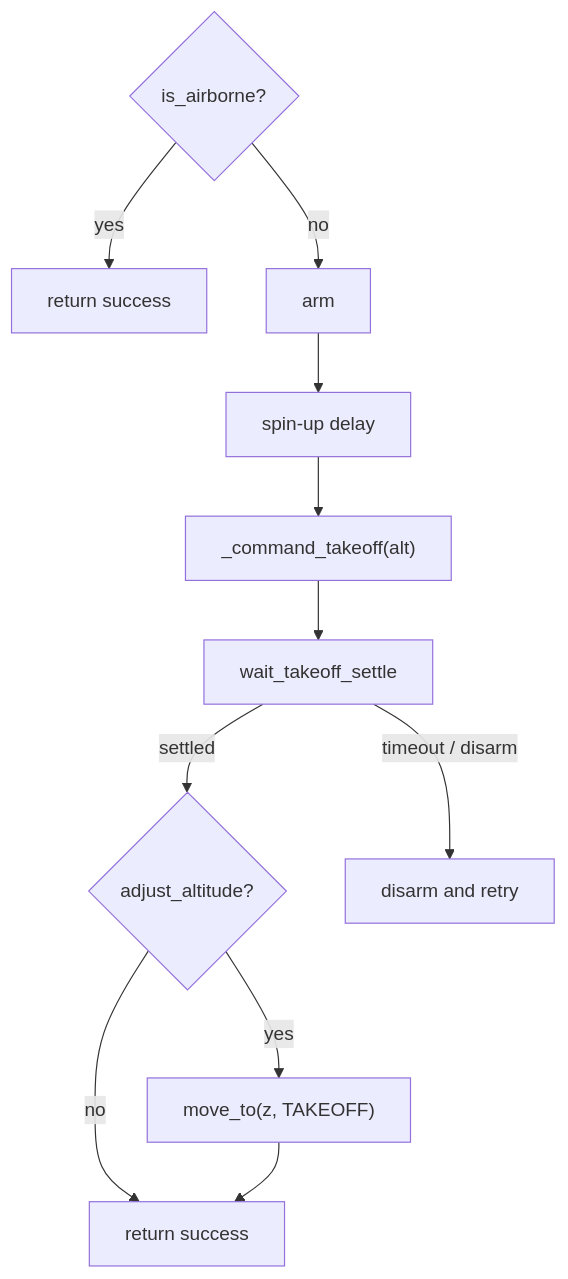
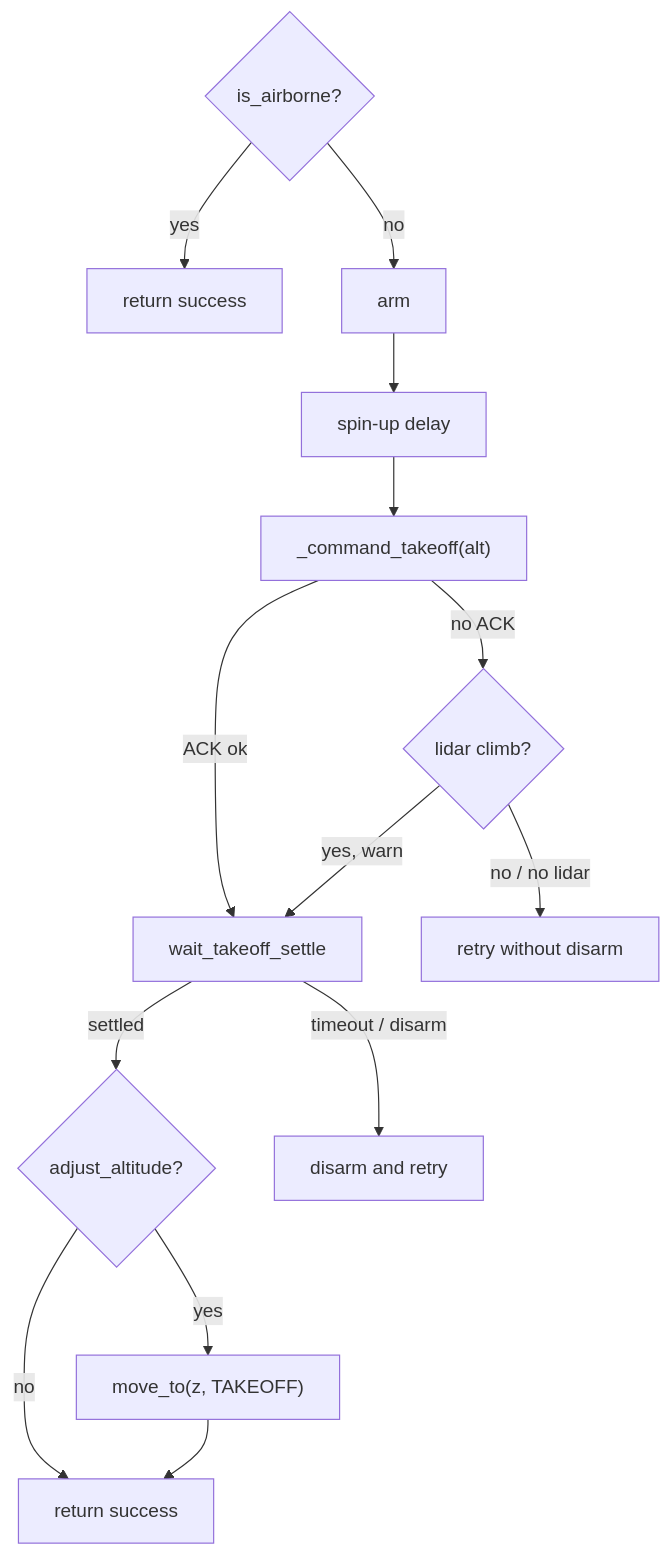
The second of 5 diagrams in nectar/nectar/control/vehicle/README.md (Black-Bee-Drones/nectar-sdk), drawn with Mermaid before and after one commit. The commit also changed other lines of this file and 2 other files, not shown here.

Commit message:
fix(takeoff): confirm liftoff via lidar when takeoff ACK is missing
When the takeoff command is rejected or its ACK times out, poll the
rangefinder for a sustained climb. If the drone is rising, continue the
takeoff and return True with a warning. Otherwise retry the takeoff
without disarming, skipping re-arm while still armed and re-arming only
if the FCU auto-disarmed in the meantime.

````diff
--- a/nectar/nectar/control/vehicle/README.md
+++ b/nectar/nectar/control/vehicle/README.md
@@ -151,13 +151,16 @@
 ```mermaid
 flowchart TD
   T0{is_airborne?} -->|yes| TSkip[return success]
   T0 -->|no| T1[arm]
   T1 --> T2[spin-up delay]
   T2 --> T3["_command_takeoff(alt)"]
-  T3 --> T4[wait_takeoff_settle]
+  T3 -->|ACK ok| T4[wait_takeoff_settle]
+  T3 -->|no ACK| TL{lidar climb?}
+  TL -->|yes, warn| T4
+  TL -->|no / no lidar| TNoAck[retry without disarm]
   T4 -->|settled| T5{adjust_altitude?}
   T5 -->|yes| T6["move_to(z, TAKEOFF)"]
   T5 -->|no| TOk[return success]
   T6 --> TOk
   T4 -->|timeout / disarm| TRetry[disarm and retry]
 ```
````
